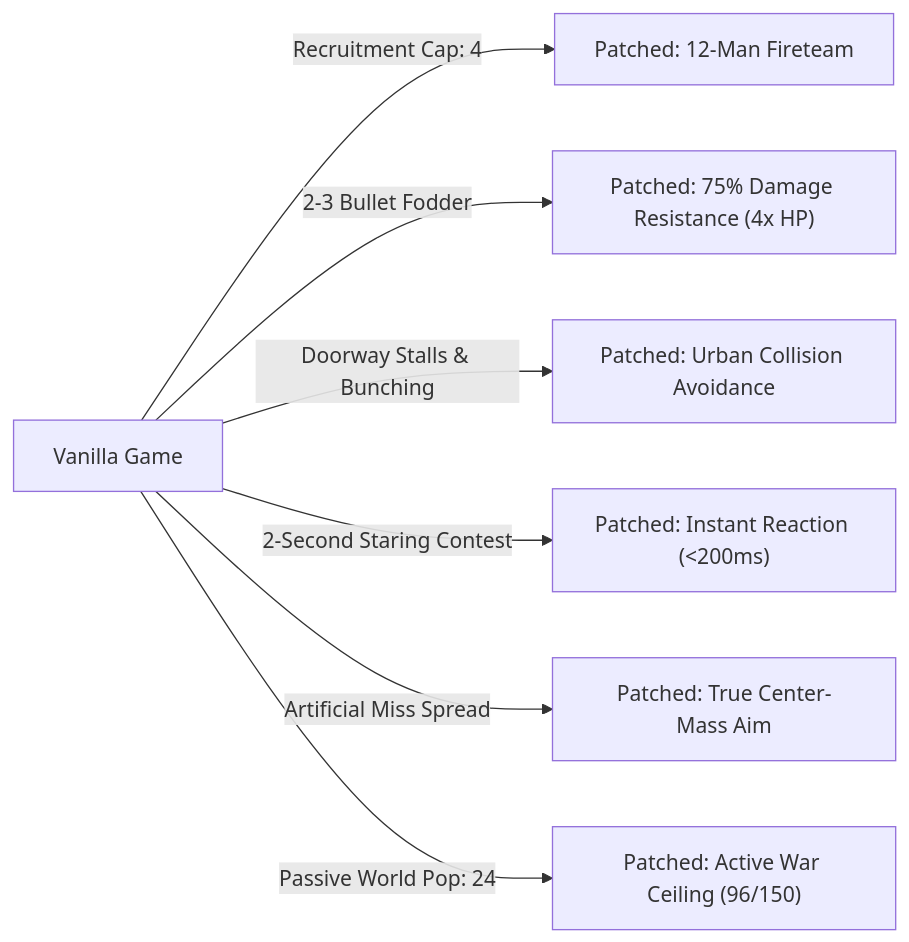
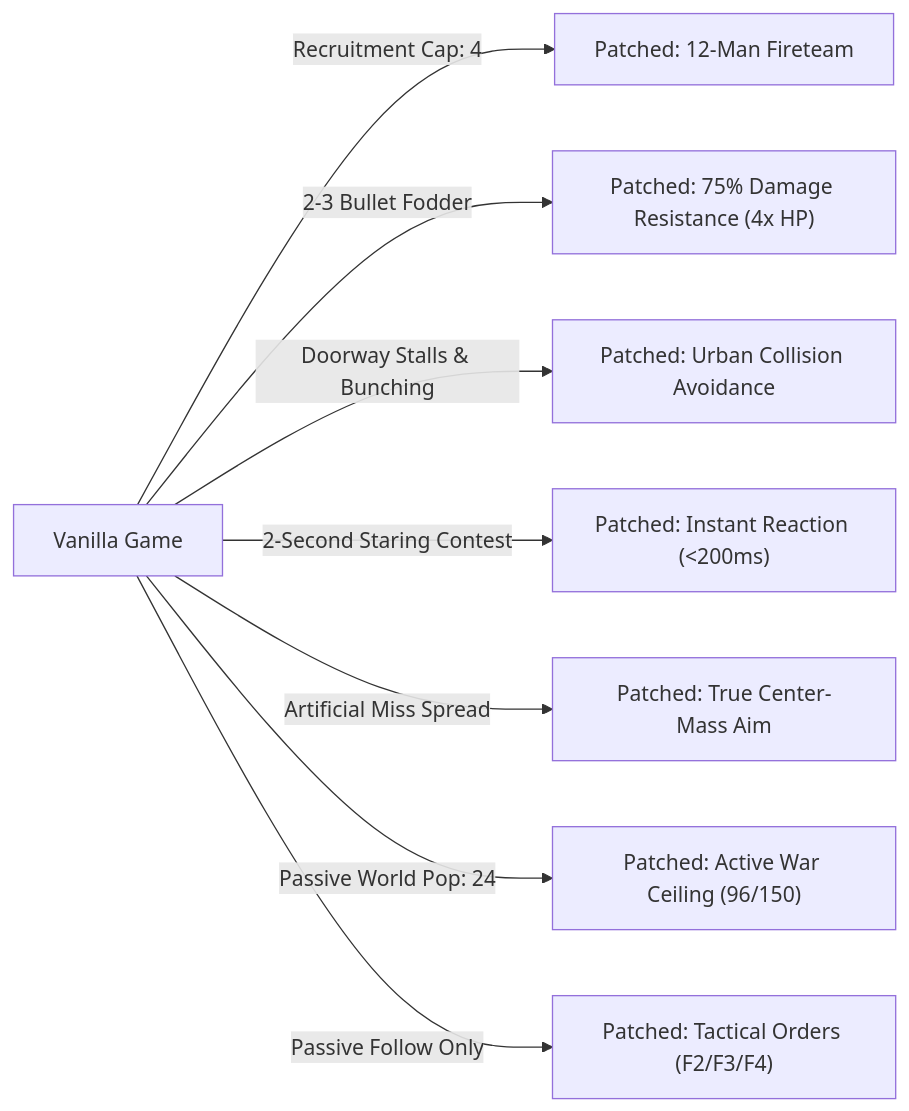
Before and after one commit to jackedhawk-117/Homefront-The-Revolution-reverse-engineered: the diagram in README.md, drawn with Mermaid. The commit also changed other lines of this file and 4 other files, not shown here.

````diff
--- a/README.md
+++ b/README.md
@@ -42,9 +41,10 @@
 ```mermaid
 flowchart LR
     A["Vanilla Game"] -->|Recruitment Cap: 4| B["Patched: 12-Man Fireteam"]
     A -->|2-3 Bullet Fodder| C["Patched: 75% Damage Resistance (4x HP)"]
     A -->|Doorway Stalls & Bunching| D["Patched: Urban Collision Avoidance"]
     A -->|2-Second Staring Contest| E["Patched: Instant Reaction (<200ms)"]
     A -->|Artificial Miss Spread| F["Patched: True Center-Mass Aim"]
     A -->|Passive World Pop: 24| G["Patched: Active War Ceiling (96/150)"]
+    A -->|Passive Follow Only| H["Patched: Tactical Orders (F2/F3/F4)"]
 ```
````
